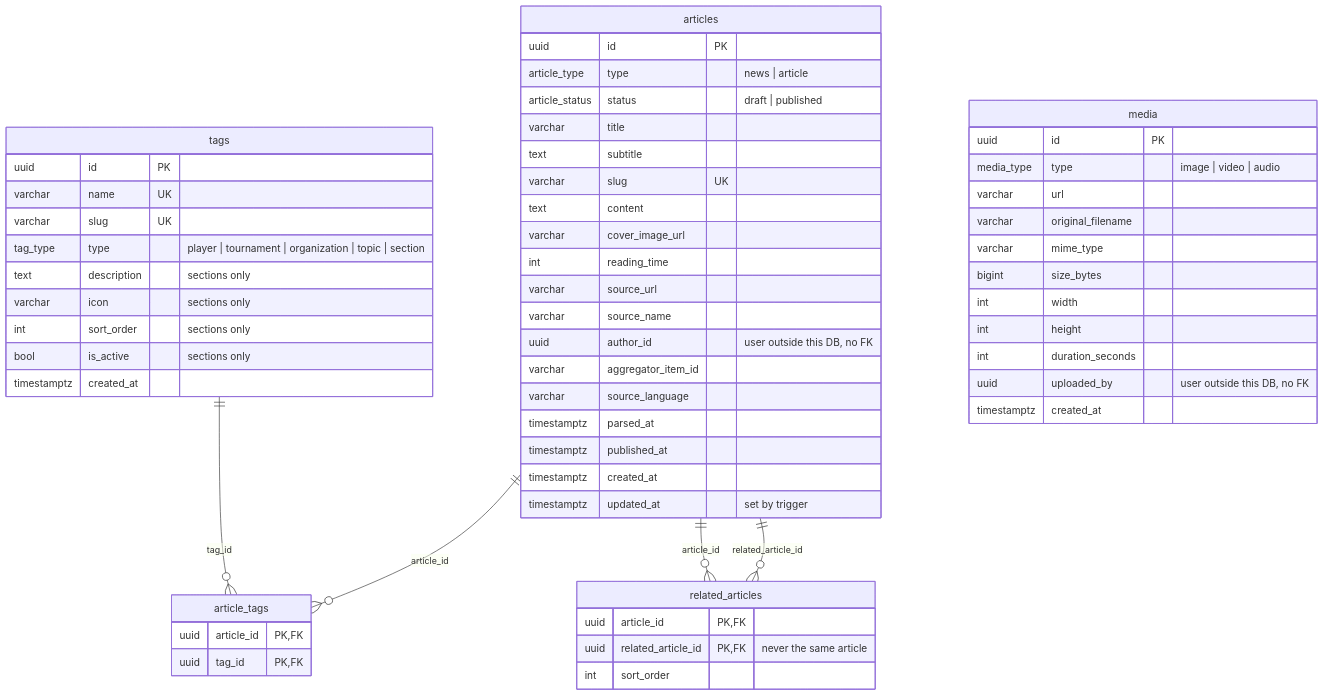
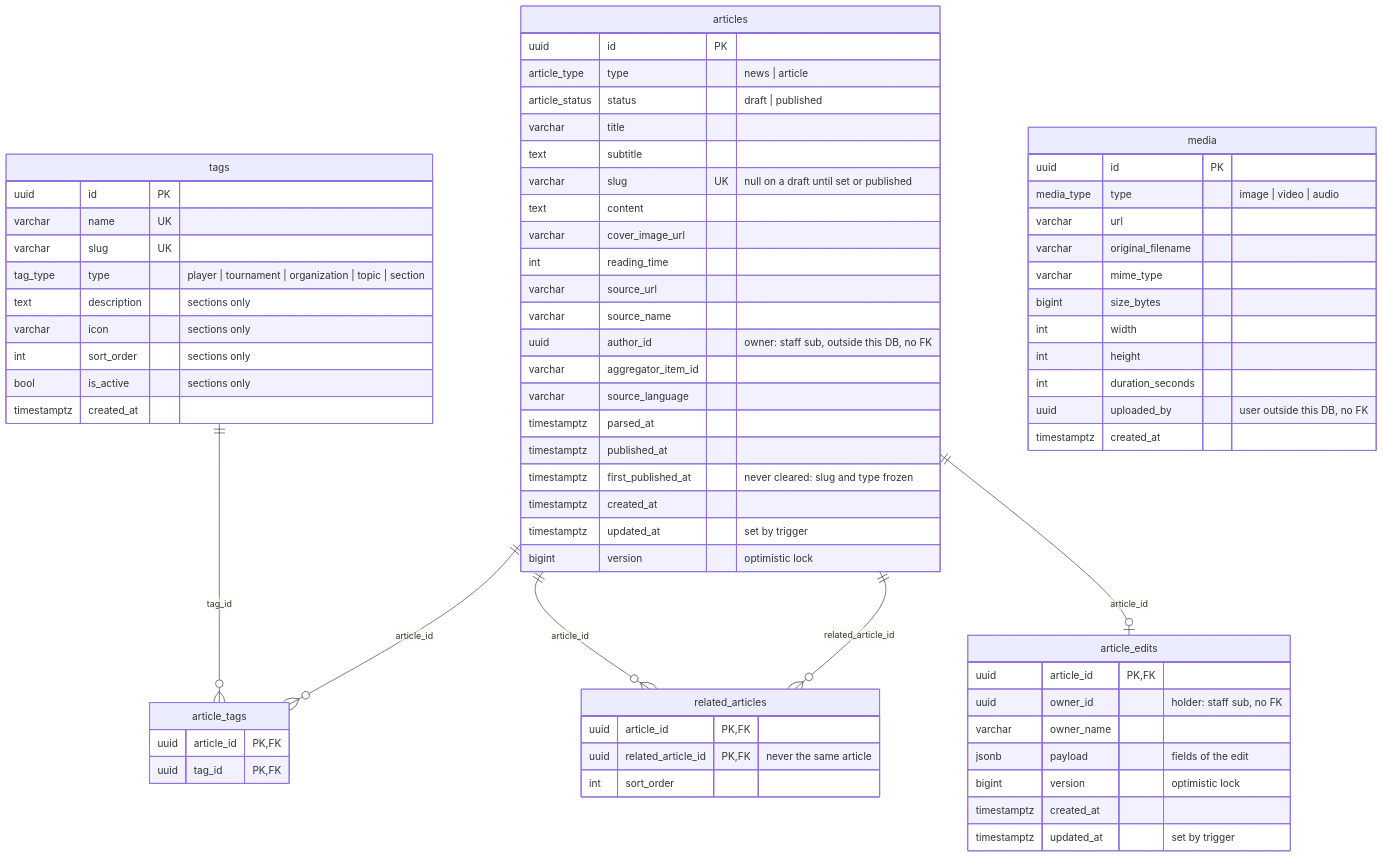
One commit to tennis-wire/tennis-wire changed the diagram in architecture/er/content-db.md. Above: the diagram before and after it, drawn with Mermaid. The commit also changed other lines of this file, not shown here.

Commit message:
docs(content-service): article owner, version and pending edits in the ER

````diff
--- a/architecture/er/content-db.md
+++ b/architecture/er/content-db.md
@@ -5,65 +5,78 @@
 ```mermaid
 erDiagram
     articles ||--o{ article_tags : "article_id"
     tags ||--o{ article_tags : "tag_id"
     articles ||--o{ related_articles : "article_id"
     articles ||--o{ related_articles : "related_article_id"
+    articles ||--o| article_edits : "article_id"
 
     articles {
         uuid id PK
         article_type type "news | article"
         article_status status "draft | published"
         varchar title
         text subtitle
-        varchar slug UK
+        varchar slug UK "null on a draft until set or published"
         text content
         varchar cover_image_url
         int reading_time
         varchar source_url
         varchar source_name
-        uuid author_id "user outside this DB, no FK"
+        uuid author_id "owner: staff sub, outside this DB, no FK"
         varchar aggregator_item_id
         varchar source_language
         timestamptz parsed_at
         timestamptz published_at
+        timestamptz first_published_at "never cleared: slug and type frozen"
+        timestamptz created_at
+        timestamptz updated_at "set by trigger"
+        bigint version "optimistic lock"
+    }
+
+    article_edits {
+        uuid article_id PK, FK
+        uuid owner_id "holder: staff sub, no FK"
+        varchar owner_name
+        jsonb payload "fields of the edit"
+        bigint version "optimistic lock"
         timestamptz created_at
         timestamptz updated_at "set by trigger"
     }
 
     tags {
         uuid id PK
         varchar name UK
         varchar slug UK
         tag_type type "player | tournament | organization | topic | section"
         text description "sections only"
         varchar icon "sections only"
         int sort_order "sections only"
         bool is_active "sections only"
         timestamptz created_at
     }
 
     article_tags {
         uuid article_id PK, FK
         uuid tag_id PK, FK
     }
 
     related_articles {
         uuid article_id PK, FK
         uuid related_article_id PK, FK "never the same article"
         int sort_order
     }
 
     media {
         uuid id PK
         media_type type "image | video | audio"
         varchar url
         varchar original_filename
         varchar mime_type
         bigint size_bytes
         int width
         int height
         int duration_seconds
         uuid uploaded_by "user outside this DB, no FK"
         timestamptz created_at
     }
 ```
````
